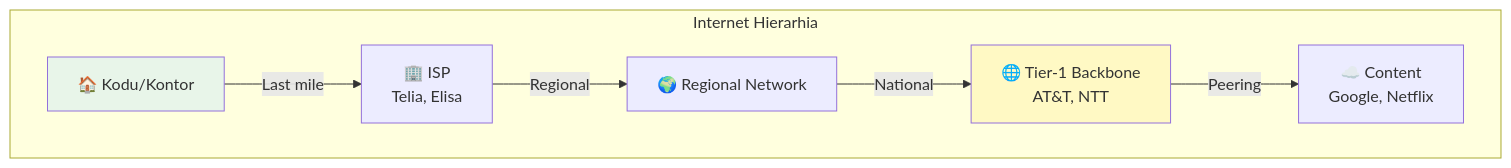
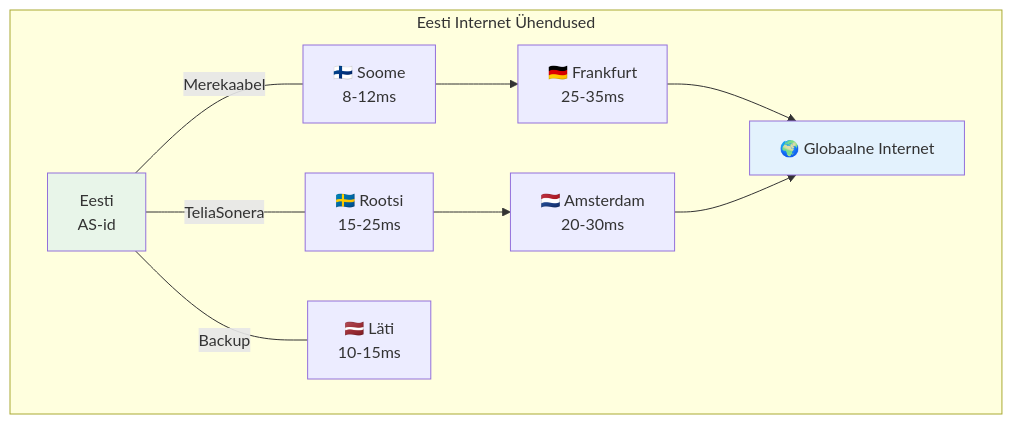
Before and after one commit to mtalvik/av_alused: the ninth of 13 diagrams in Lecture/loeng2.md, drawn with Mermaid. The commit also changed other lines of this file, not shown here.

````diff
--- a/Lecture/loeng2.md
+++ b/Lecture/loeng2.md
@@ -481,18 +248,23 @@
 ```mermaid
-graph TB
-    subgraph "Internet Hierarhia"
-        A[🏠 Kodu/Kontor]
-        B[🏢 ISP<br/>Telia, Elisa]
-        C[🌍 Regional Network]
-        D[🌐 Tier-1 Backbone<br/>AT&T, NTT]
-        E[☁️ Content<br/>Google, Netflix]
+graph TD
+    subgraph "Eesti Internet Ühendused"
+        A[Eesti<br/>AS-id]
+        B[🇫🇮 Soome<br/>8-12ms]
+        C[🇸🇪 Rootsi<br/>15-25ms]
+        D[🇱🇻 Läti<br/>10-15ms]
+        E[🇩🇪 Frankfurt<br/>25-35ms]
+        F[🇳🇱 Amsterdam<br/>20-30ms]
+        G[🌍 Globaalne Internet]
     end
     
-    A -->|Last mile| B
-    B -->|Regional| C
-    C -->|National| D
-    D -->|Peering| E
+    A ---|Merekaabel| B
+    A ---|TeliaSonera| C
+    A ---|Backup| D
+    B --> E
+    C --> F
+    E --> G
+    F --> G
     
     style A fill:#e8f5e9
-    style D fill:#fff9c4
+    style G fill:#e3f2fd
 ```
````
